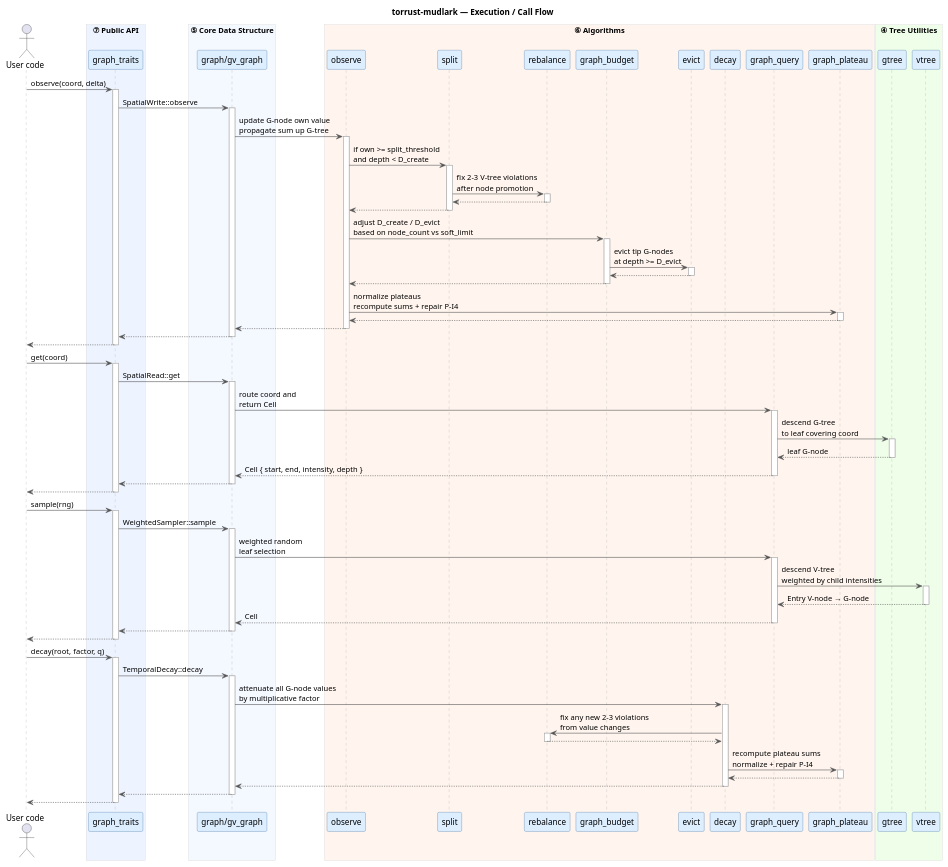
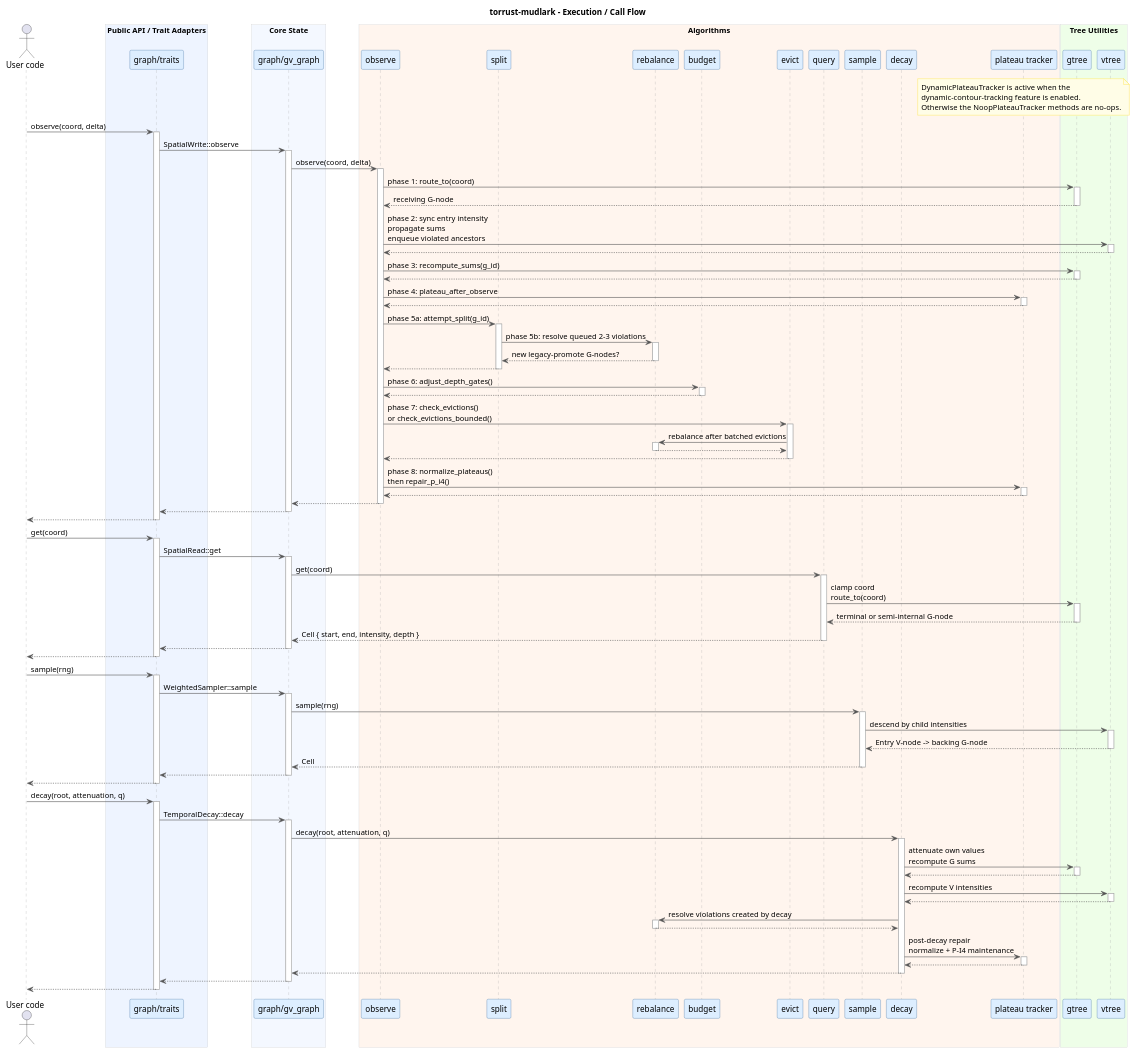
The diagram in docs/call-flow.puml (josecelano-bot/torrust-index), drawn with PlantUML before and after one commit. The commit also changed 4 other files, not shown here.

Commit message:
docs: refresh architecture documentation

```diff
--- a/docs/call-flow.puml
+++ b/docs/call-flow.puml
@@ -1,148 +1,180 @@
 @startuml call-flow
-title torrust-mudlark — Execution / Call Flow
+title torrust-mudlark - Execution / Call Flow
 
 skinparam backgroundColor #FFFFFF
 skinparam sequence {
     ParticipantBackgroundColor #DDEEFF
     ParticipantBorderColor #336699
     ArrowColor #555555
     LifeLineBorderColor #AAAAAA
     BoxBackgroundColor #F0F0F0
     BoxBorderColor #CCCCCC
 }
 skinparam note {
     BackgroundColor #FFFDE7
     BorderColor #FFD700
 }
 
 actor "User code" as User
 
-box "⑦ Public API" #EEF4FF
-    participant "graph_traits" as api
+box "Public API / Trait Adapters" #EEF4FF
+    participant "graph/traits" as api
 end box
 
-box "⑤ Core Data Structure" #F4F8FF
+box "Core State" #F4F8FF
     participant "graph/gv_graph" as core
 end box
 
-box "⑥ Algorithms" #FFF5EE
+box "Algorithms" #FFF5EE
     participant "observe" as obs
     participant "split" as spl
     participant "rebalance" as reb
-    participant "graph_budget" as bud
+    participant "budget" as bud
     participant "evict" as evi
+    participant "query" as qry
+    participant "sample" as smp
     participant "decay" as dec
-    participant "graph_query" as gq
-    participant "graph_plateau" as gpl
+    participant "plateau tracker" as plt
 end box
 
-box "④ Tree Utilities" #EEFEE8
+box "Tree Utilities" #EEFEE8
     participant "gtree" as gtree
     participant "vtree" as vtree
 end box
 
-' ─────────────────────────────────────────
+note over plt
+DynamicPlateauTracker is active when the
+dynamic-contour-tracking feature is enabled.
+Otherwise the NoopPlateauTracker methods are no-ops.
+end note
+
 ' observe path
-' ─────────────────────────────────────────
 User -> api : observe(coord, delta)
 activate api
 api -> core : SpatialWrite::observe
 activate core
-core -> obs : update G-node own value\npropagate sum up G-tree
+core -> obs : observe(coord, delta)
 activate obs
 
-obs -> spl : if own >= split_threshold\nand depth < D_create
+obs -> gtree : phase 1: route_to(coord)
+activate gtree
+gtree --> obs : receiving G-node
+deactivate gtree
+
+obs -> vtree : phase 2: sync entry intensity\npropagate sums\nenqueue violated ancestors
+activate vtree
+vtree --> obs
+deactivate vtree
+
+obs -> gtree : phase 3: recompute_sums(g_id)
+activate gtree
+gtree --> obs
+deactivate gtree
+
+obs -> plt : phase 4: plateau_after_observe
+activate plt
+plt --> obs
+deactivate plt
+
+obs -> spl : phase 5a: attempt_split(g_id)
 activate spl
-spl -> reb : fix 2-3 V-tree violations\nafter node promotion
+spl -> reb : phase 5b: resolve queued 2-3 violations
 activate reb
-reb --> spl
+reb --> spl : new legacy-promote G-nodes?
 deactivate reb
 spl --> obs
 deactivate spl
 
-obs -> bud : adjust D_create / D_evict\nbased on node_count vs soft_limit
+obs -> bud : phase 6: adjust_depth_gates()
 activate bud
-bud -> evi : evict tip G-nodes\nat depth >= D_evict
-activate evi
-evi --> bud
-deactivate evi
 bud --> obs
 deactivate bud
 
-obs -> gpl : normalize plateaus\nrecompute sums + repair P-I4
-activate gpl
-gpl --> obs
-deactivate gpl
+obs -> evi : phase 7: check_evictions()\nor check_evictions_bounded()
+activate evi
+evi -> reb : rebalance after batched evictions
+activate reb
+reb --> evi
+deactivate reb
+evi --> obs
+deactivate evi
+
+obs -> plt : phase 8: normalize_plateaus()\nthen repair_p_i4()
+activate plt
+plt --> obs
+deactivate plt
 
 obs --> core
 deactivate obs
 core --> api
 deactivate core
 api --> User
 deactivate api
 
-' ─────────────────────────────────────────
 ' get path
-' ─────────────────────────────────────────
 User -> api : get(coord)
 activate api
 api -> core : SpatialRead::get
 activate core
-core -> gq : route coord and\nreturn Cell
-activate gq
-gq -> gtree : descend G-tree\nto leaf covering coord
+core -> qry : get(coord)
+activate qry
+qry -> gtree : clamp coord\nroute_to(coord)
 activate gtree
-gtree --> gq : leaf G-node
+gtree --> qry : terminal or semi-internal G-node
 deactivate gtree
-gq --> core : Cell { start, end, intensity, depth }
-deactivate gq
+qry --> core : Cell { start, end, intensity, depth }
+deactivate qry
 core --> api
 deactivate core
 api --> User
 deactivate api
 
-' ─────────────────────────────────────────
 ' sample path
-' ─────────────────────────────────────────
 User -> api : sample(rng)
 activate api
 api -> core : WeightedSampler::sample
 activate core
-core -> gq : weighted random\nleaf selection
-activate gq
-gq -> vtree : descend V-tree\nweighted by child intensities
+core -> smp : sample(rng)
+activate smp
+smp -> vtree : descend by child intensities
 activate vtree
-vtree --> gq : Entry V-node → G-node
+vtree --> smp : Entry V-node -> backing G-node
 deactivate vtree
-gq --> core : Cell
-deactivate gq
+smp --> core : Cell
+deactivate smp
 core --> api
 deactivate core
 api --> User
 deactivate api
 
-' ─────────────────────────────────────────
 ' decay path
-' ─────────────────────────────────────────
-User -> api : decay(root, factor, q)
+User -> api : decay(root, attenuation, q)
 activate api
 api -> core : TemporalDecay::decay
 activate core
-core -> dec : attenuate all G-node values\nby multiplicative factor
+core -> dec : decay(root, attenuation, q)
 activate dec
-dec -> reb : fix any new 2-3 violations\nfrom value changes
+dec -> gtree : attenuate own values\nrecompute G sums
+activate gtree
+gtree --> dec
+deactivate gtree
+dec -> vtree : recompute V intensities
+activate vtree
+vtree --> dec
+deactivate vtree
+dec -> reb : resolve violations created by decay
 activate reb
 reb --> dec
 deactivate reb
-dec -> gpl : recompute plateau sums\nnormalize + repair P-I4
-activate gpl
-gpl --> dec
-deactivate gpl
+dec -> plt : post-decay repair\nnormalize + P-I4 maintenance
+activate plt
+plt --> dec
+deactivate plt
 dec --> core
 deactivate dec
 core --> api
 deactivate core
 api --> User
 deactivate api
 
 @enduml
```
